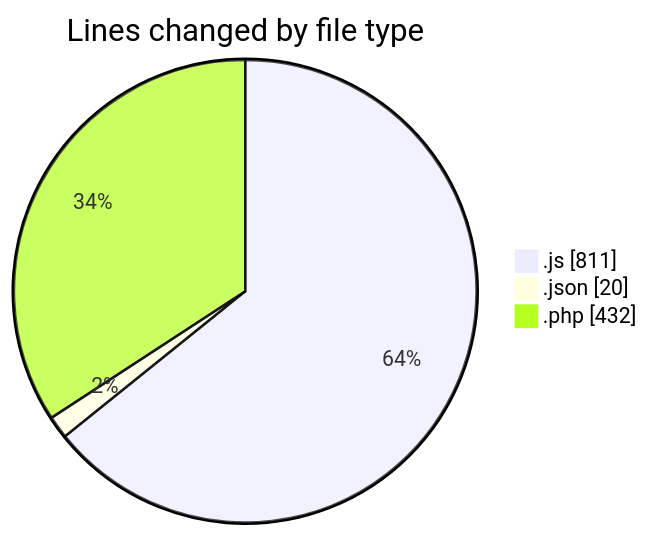
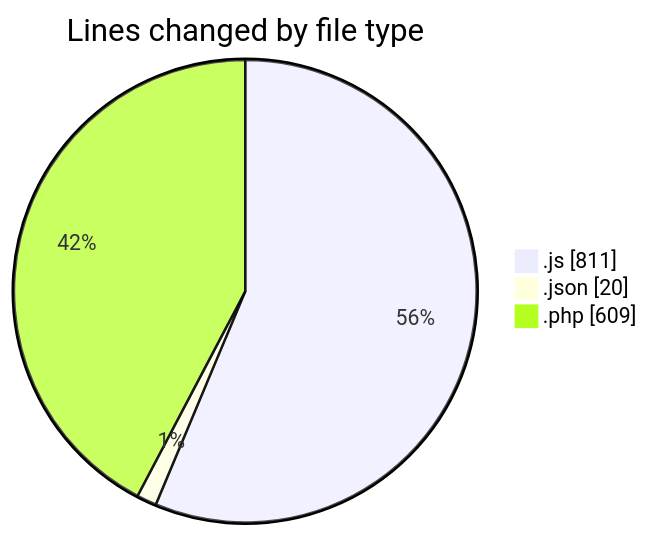
One commit to debugP/code-tracking changed the first of 2 diagrams in 2025-10-01/untitled__workspace_/README.md. Above: the diagram before and after it, drawn with Mermaid. The commit also changed other lines of this file and 1 other file, not shown here.

````diff
--- a/2025-10-01/untitled__workspace_/README.md
+++ b/2025-10-01/untitled__workspace_/README.md
@@ -22,7 +23,7 @@
 ```mermaid
 pie showData
 title Lines changed by file type
 ".js" : 811
 ".json" : 20
-".php" : 432
+".php" : 609
 ```
````
